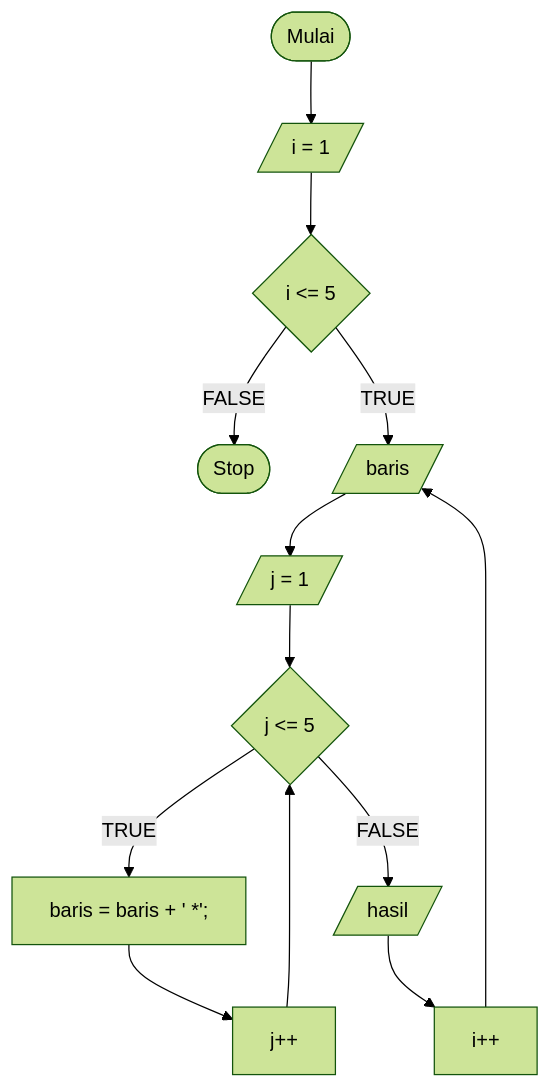
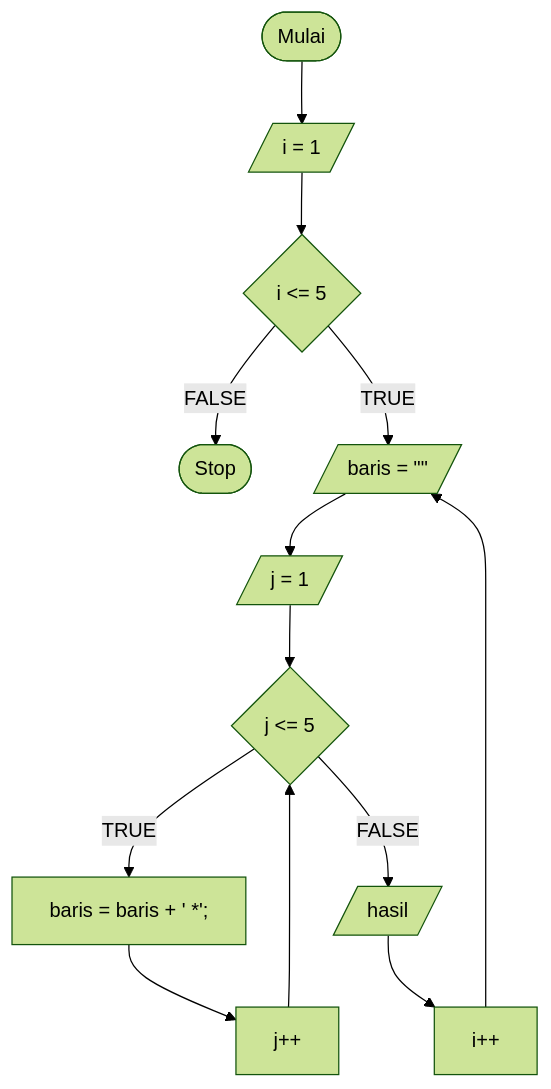
Before and after one commit to whyu07/koda-b10-javascript3: the first of 2 diagrams in README.md, drawn with Mermaid (forest theme). The commit also changed other lines of this file, not shown here.

````diff
--- a/README.md
+++ b/README.md
@@ -1,15 +1,15 @@
 ```mermaid
 flowchart TD
     A([Mulai]) --> B[/i = 1/]
     B --> C{i <= 5}
     C --> |FALSE| Z([Stop])
-    C --> |TRUE| D[/baris/]
+    C --> |TRUE| D[/baris = ""/]
     D --> E[/j = 1/]
     E --> F{j <= 5}
     F --> |TRUE| G[ baris = baris + ' *';]
     G --> H[j++]
     H --> F
     F --> |FALSE| J[/hasil/]
     J --> K[i++]
     K --> D
 ```
````
